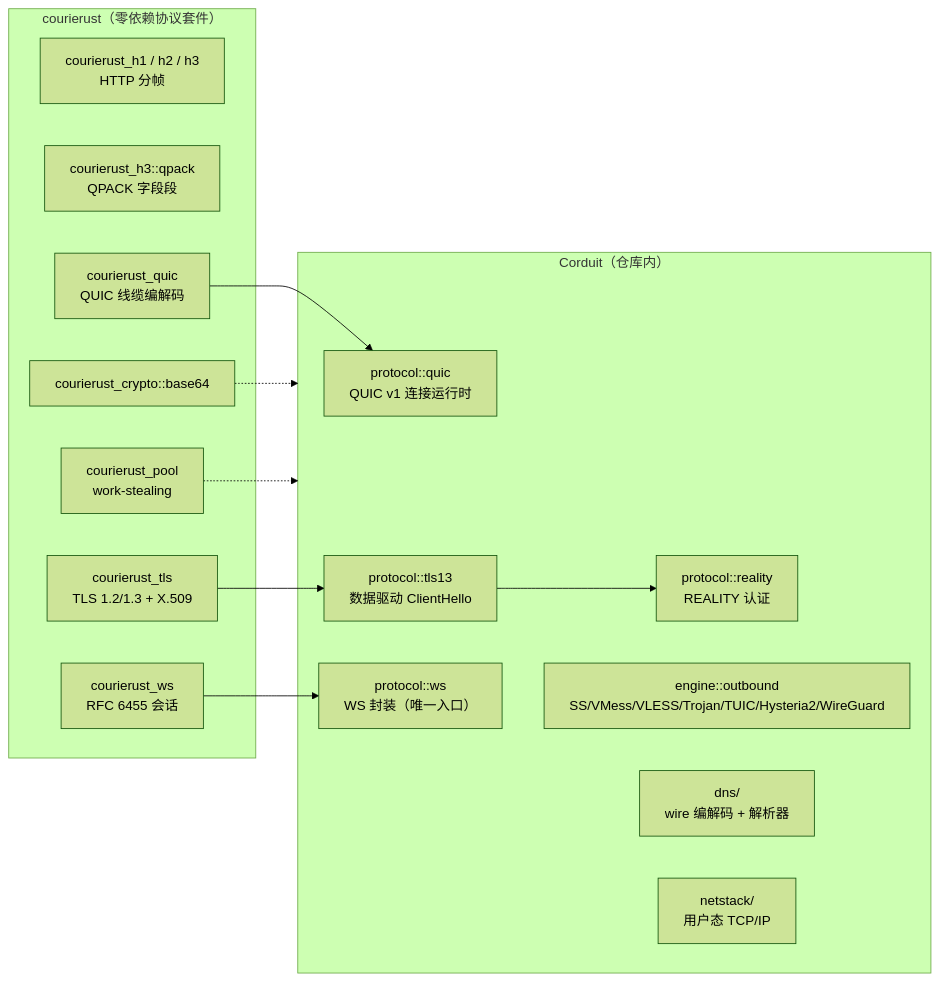
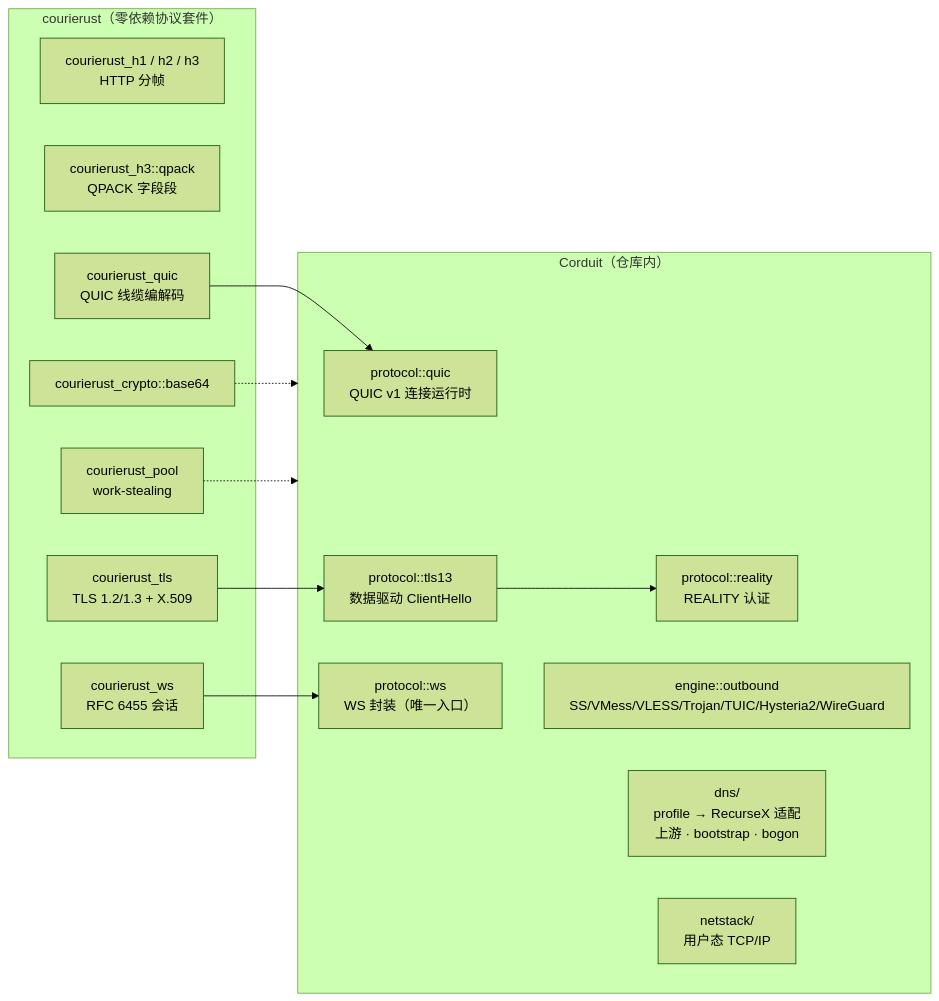
Before and after one commit to blueokanna/Corduit: the second of 7 diagrams in wiki/Architecture.md, drawn with Mermaid (forest theme). The commit also changed other lines of this file and 94 other files, not shown here.

````diff
--- a/wiki/Architecture.md
+++ b/wiki/Architecture.md
@@ -38,28 +38,28 @@
 ```mermaid
 flowchart LR
     subgraph CR["courierust（零依赖协议套件）"]
         H1["courierust_h1 / h2 / h3<br/>HTTP 分帧"]
         QP["courierust_h3::qpack<br/>QPACK 字段段"]
         WS["courierust_ws<br/>RFC 6455 会话"]
         TLSc["courierust_tls<br/>TLS 1.2/1.3 + X.509"]
         QC["courierust_quic<br/>QUIC 线缆编解码"]
         POOL["courierust_pool<br/>work-stealing"]
         B64["courierust_crypto::base64"]
     end
 
     subgraph CT["Corduit（仓库内）"]
         QRT["protocol::quic<br/>QUIC v1 连接运行时"]
         T13["protocol::tls13<br/>数据驱动 ClientHello"]
         REAL["protocol::reality<br/>REALITY 认证"]
         WSM["protocol::ws<br/>WS 封装（唯一入口）"]
         OB["engine::outbound<br/>SS/VMess/VLESS/Trojan/TUIC/Hysteria2/WireGuard"]
-        DNS["dns/<br/>wire 编解码 + 解析器"]
+        DNS["dns/<br/>profile → RecurseX 适配<br/>上游 · bootstrap · bogon"]
         NS["netstack/<br/>用户态 TCP/IP"]
     end
 
     QC --> QRT
     TLSc --> T13 --> REAL
     WS --> WSM
     B64 -.-> CT
     POOL -.-> CT
 ```
````
